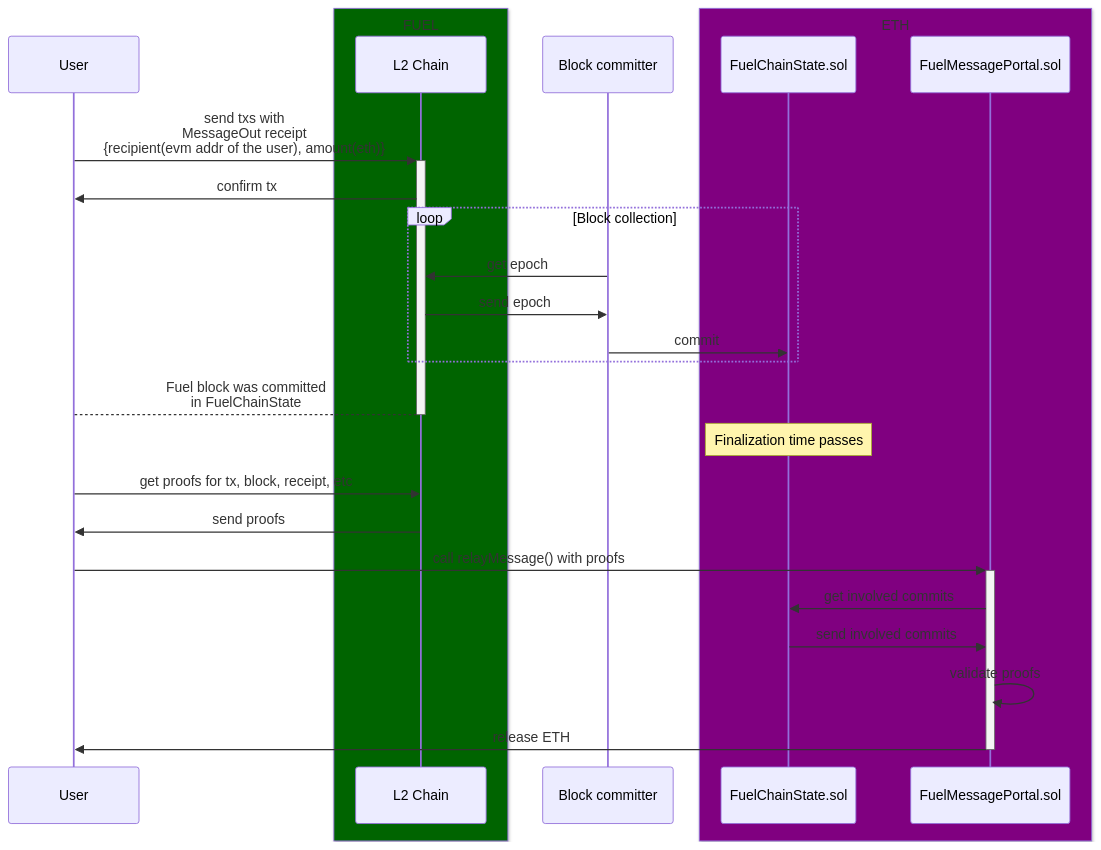
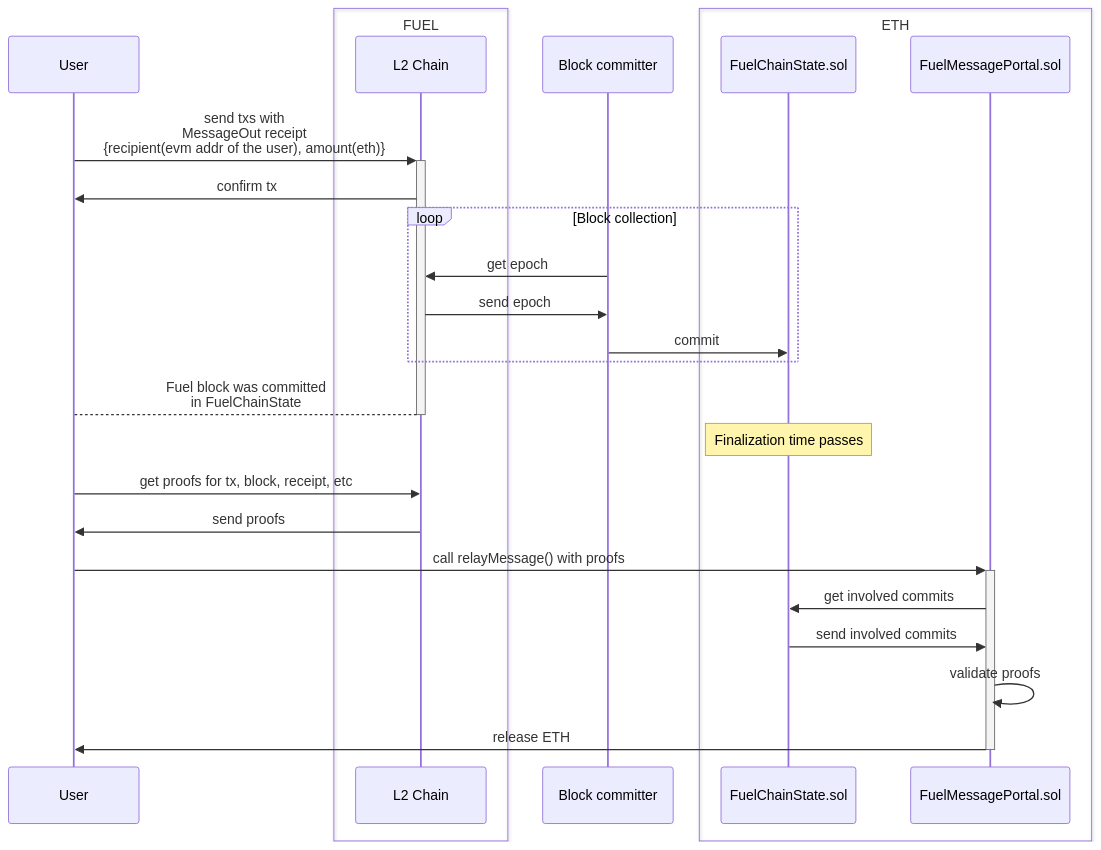
One commit to FuelLabs/fuel-bridge changed the sixth of 7 diagrams in docs/ARCHITECTURE.md. Above: the diagram before and after it, drawn with Mermaid. The commit also changed other lines of this file, not shown here.

Commit message:
docs: remove background color in diagram groupings

````diff
--- a/docs/ARCHITECTURE.md
+++ b/docs/ARCHITECTURE.md
@@ -250,33 +250,33 @@
 ```mermaid
 sequenceDiagram
     participant user as User
-    box darkgreen FUEL
+    box FUEL
         participant fuel as L2 Chain
     end
 
     participant committer as Block committer
 
-    box purple ETH
+    box ETH
         participant state as FuelChainState.sol
         participant portal as FuelMessagePortal.sol
     end
 
     user ->>+ fuel: send txs with<br/>MessageOut receipt<br>{recipient(evm addr of the user), amount(eth)}
     fuel ->> user: confirm tx
 
     loop Block collection
         committer ->> fuel: get epoch
         fuel ->> committer: send epoch
         committer ->> state: commit
     end
     fuel -->- user: Fuel block was committed<br>in FuelChainState
     note over state: Finalization time passes
     user ->> fuel: get proofs for tx, block, receipt, etc
     fuel ->> user: send proofs
     user ->>+ portal: call relayMessage() with proofs
     portal ->> state: get involved commits
     state ->> portal: send involved commits
     portal ->> portal: validate proofs
     portal ->>- user: release ETH
 
 ```
````
